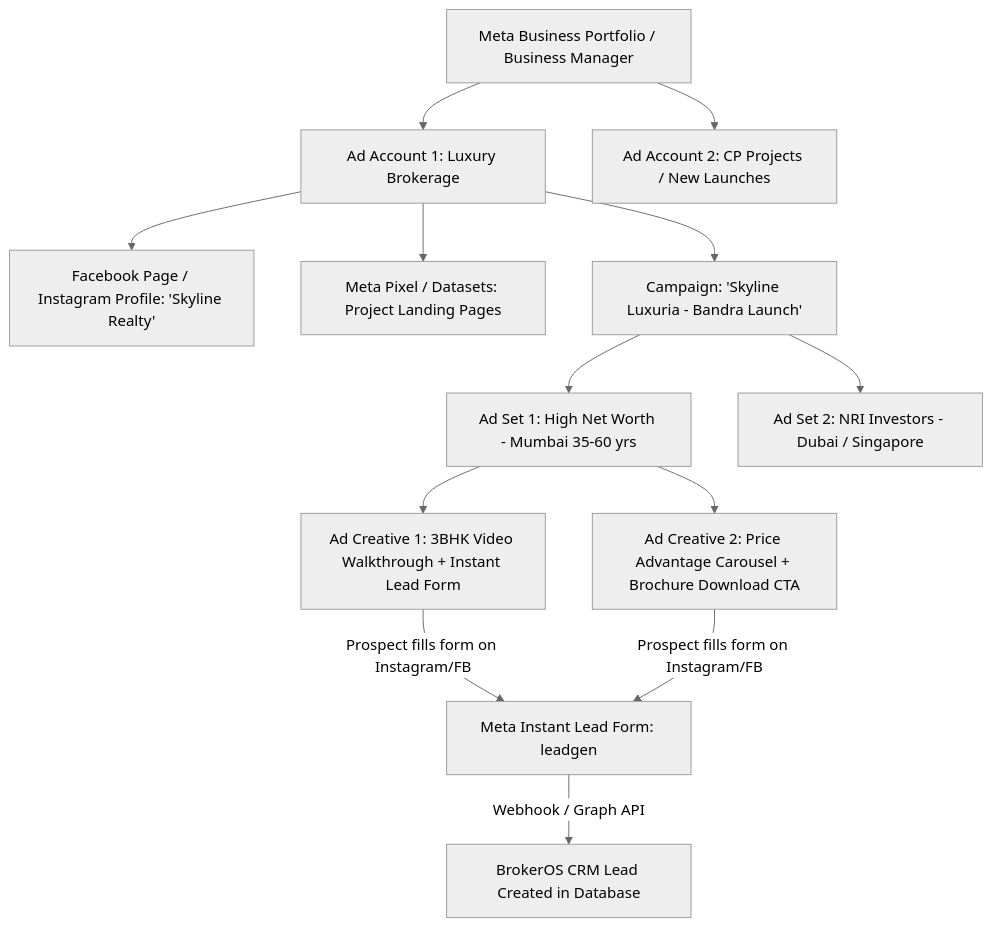
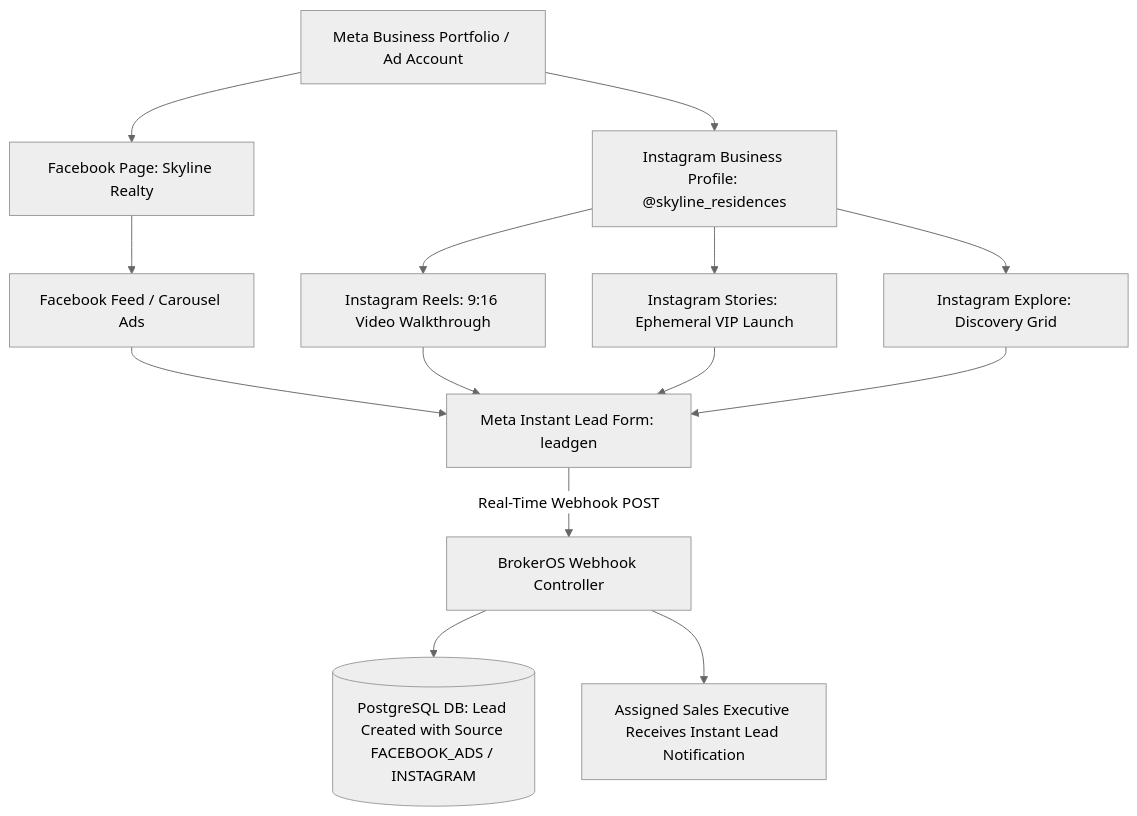
Before and after one commit to sumamakhan761/BrokerOS: the first of 2 diagrams in docs/meta-ads-integration-guide.md, drawn with Mermaid (neutral theme). The commit also changed other lines of this file, not shown here.

First line of the commit message:
docs: update Meta Ads CAPI and Webhook real estate integration architecture guide

````diff
--- a/docs/meta-ads-integration-guide.md
+++ b/docs/meta-ads-integration-guide.md
@@ -9,19 +36,16 @@
 ```mermaid
 graph TD
-    A[Meta Business Portfolio / Business Manager] --> B[Ad Account 1: Luxury Brokerage]
-    A --> C[Ad Account 2: CP Projects / New Launches]
+    A[Meta Business Portfolio / Ad Account] --> B[Facebook Page: Skyline Realty]
+    A --> C[Instagram Business Profile: @skyline_residences]
     
-    B --> D[Facebook Page / Instagram Profile: 'Skyline Realty']
-    B --> E[Meta Pixel / Datasets: Project Landing Pages]
+    B --> D[Facebook Feed / Carousel Ads]
+    C --> E[Instagram Reels: 9:16 Video Walkthrough]
+    C --> F[Instagram Stories: Ephemeral VIP Launch]
+    C --> G[Instagram Explore: Discovery Grid]
     
-    B --> F[Campaign: 'Skyline Luxuria - Bandra Launch']
+    D & E & F & G --> H[Meta Instant Lead Form: leadgen]
     
-    F --> G[Ad Set 1: High Net Worth - Mumbai 35-60 yrs]
-    F --> H[Ad Set 2: NRI Investors - Dubai / Singapore]
-    
-    G --> I[Ad Creative 1: 3BHK Video Walkthrough + Instant Lead Form]
-    G --> J[Ad Creative 2: Price Advantage Carousel + Brochure Download CTA]
-    
-    I & J -->|Prospect fills form on Instagram/FB| K[Meta Instant Lead Form: leadgen]
-    K -->|Webhook / Graph API| L[BrokerOS CRM Lead Created in Database]
+    H -->|Real-Time Webhook POST| I[BrokerOS Webhook Controller]
+    I --> J[(PostgreSQL DB: Lead Created with Source FACEBOOK_ADS / INSTAGRAM)]
+    I --> K[Assigned Sales Executive Receives Instant Lead Notification]
 ```
````
